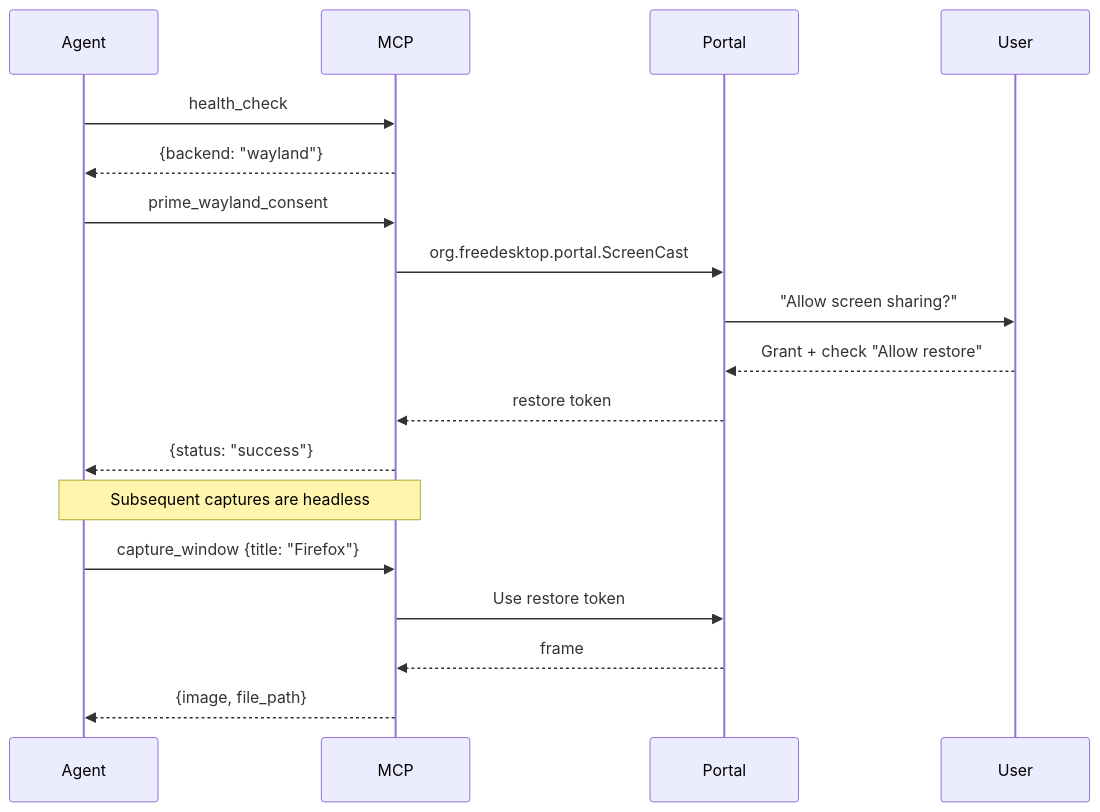
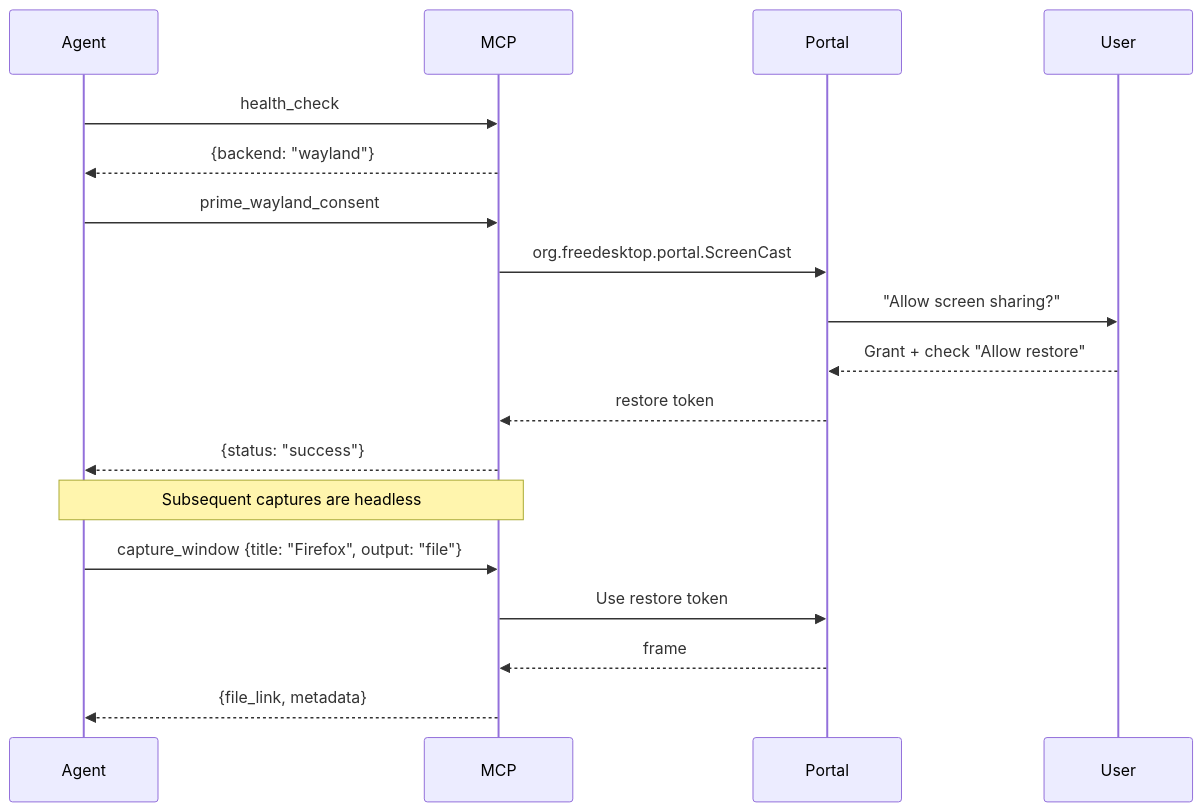
One commit to becksclair/rescreenshot-mcp changed the second of 2 diagrams in docs/usage.md. Above: the diagram before and after it, drawn with Mermaid. The commit also changed other lines of this file and 5 other files, not shown here.

First line of the commit message:
feat: Implement MCP output modes for large image captures

````diff
--- a/docs/usage.md
+++ b/docs/usage.md
@@ -169,22 +175,22 @@
 ```mermaid
 sequenceDiagram
     participant Agent
     participant MCP
     participant Portal
     participant User
     
     Agent->>MCP: health_check
     MCP-->>Agent: {backend: "wayland"}
     Agent->>MCP: prime_wayland_consent
     MCP->>Portal: org.freedesktop.portal.ScreenCast
     Portal->>User: "Allow screen sharing?"
     User-->>Portal: Grant + check "Allow restore"
     Portal-->>MCP: restore token
     MCP-->>Agent: {status: "success"}
     
     Note over Agent,MCP: Subsequent captures are headless
-    Agent->>MCP: capture_window {title: "Firefox"}
+    Agent->>MCP: capture_window {title: "Firefox", output: "file"}
     MCP->>Portal: Use restore token
     Portal-->>MCP: frame
-    MCP-->>Agent: {image, file_path}
+    MCP-->>Agent: {file_link, metadata}
 ```
````
